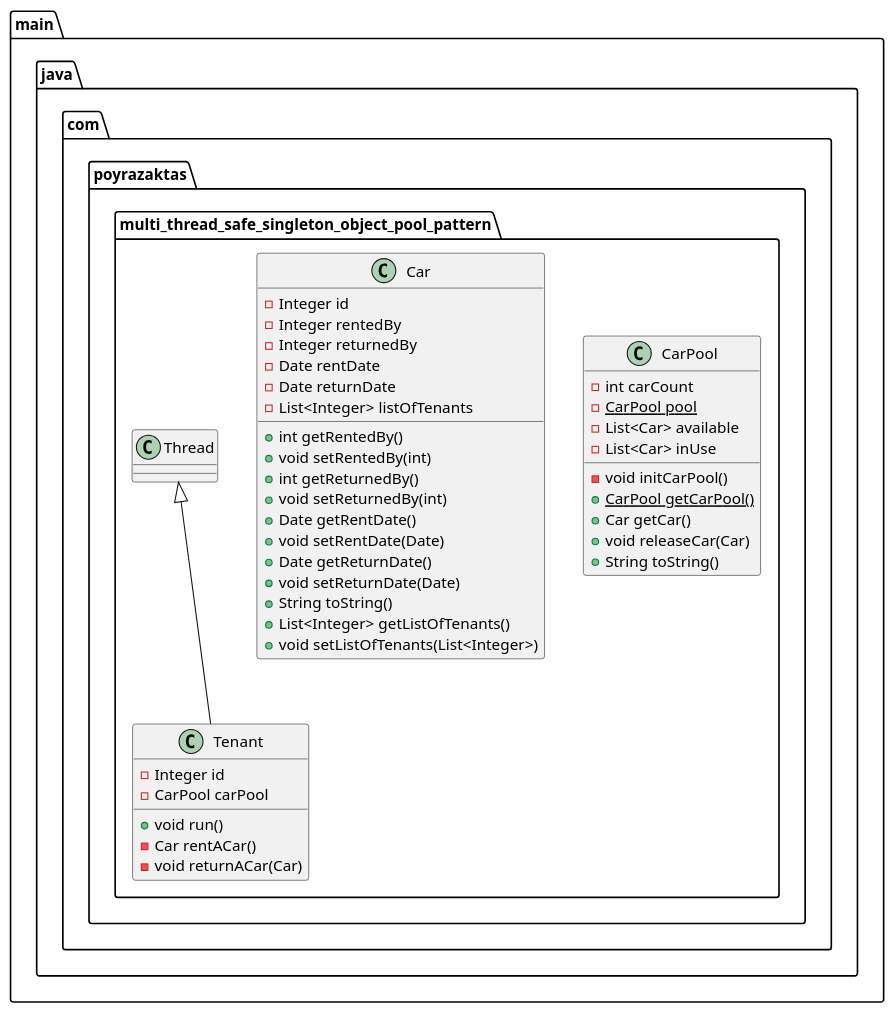
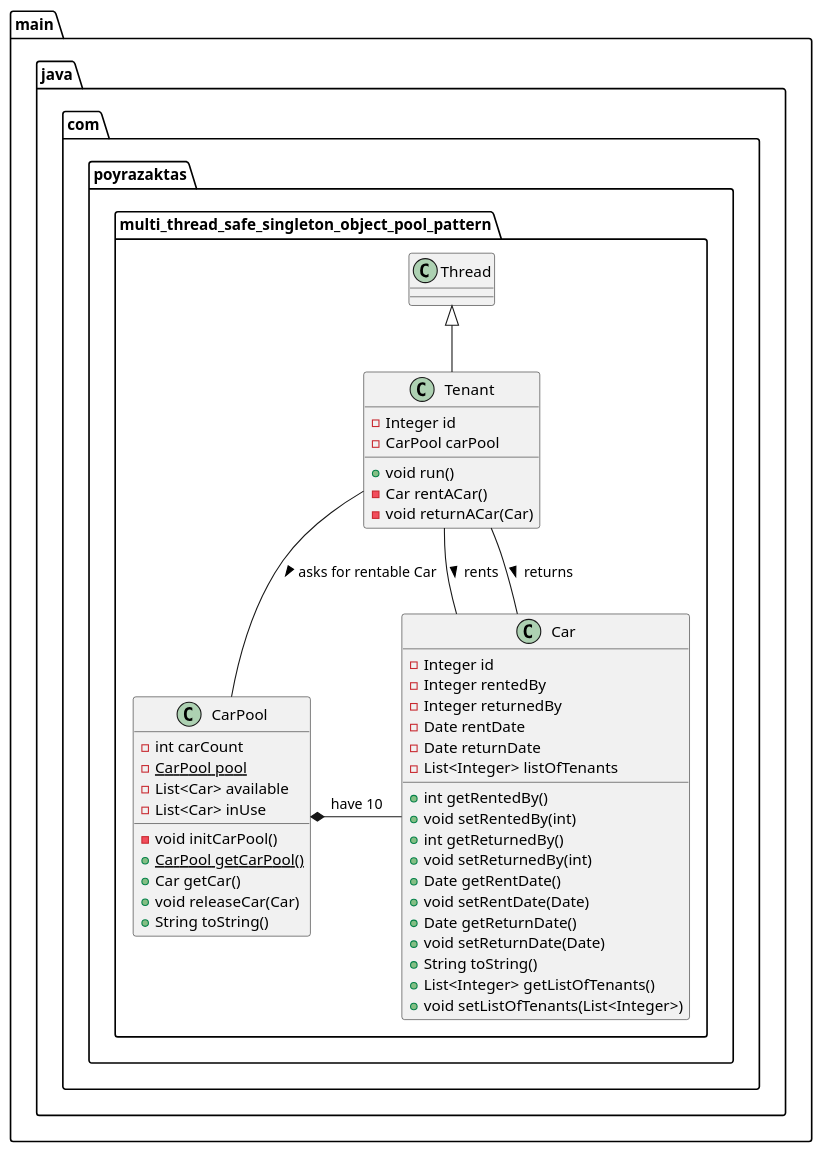
Before and after one commit to poyrazaktas/multi-thread-safe-singleton-object-pool-pattern: the diagram in car-pool-project.puml, drawn with PlantUML. The commit also changed 1 other file, not shown here.

Commit message:
update plantuml

```diff
--- a/car-pool-project.puml
+++ b/car-pool-project.puml
@@ -1,42 +1,49 @@
 @startuml
 class main.java.com.poyrazaktas.multi_thread_safe_singleton_object_pool_pattern.CarPool {
 - int carCount
 - {static} CarPool pool
 - List<Car> available
 - List<Car> inUse
 - void initCarPool()
 + {static} CarPool getCarPool()
 + Car getCar()
 + void releaseCar(Car)
 + String toString()
 }
 class main.java.com.poyrazaktas.multi_thread_safe_singleton_object_pool_pattern.Tenant {
 - Integer id
 - CarPool carPool
 + void run()
 - Car rentACar()
 - void returnACar(Car)
 }
 class main.java.com.poyrazaktas.multi_thread_safe_singleton_object_pool_pattern.Car {
 - Integer id
 - Integer rentedBy
 - Integer returnedBy
 - Date rentDate
 - Date returnDate
 - List<Integer> listOfTenants
 + int getRentedBy()
 + void setRentedBy(int)
 + int getReturnedBy()
 + void setReturnedBy(int)
 + Date getRentDate()
 + void setRentDate(Date)
 + Date getReturnDate()
 + void setReturnDate(Date)
 + String toString()
 + List<Integer> getListOfTenants()
 + void setListOfTenants(List<Integer>)
 }
 
+main.java.com.poyrazaktas.multi_thread_safe_singleton_object_pool_pattern.CarPool *- main.java.com.poyrazaktas.multi_thread_safe_singleton_object_pool_pattern.Car : have 10
+
+main.java.com.poyrazaktas.multi_thread_safe_singleton_object_pool_pattern.Tenant -- main.java.com.poyrazaktas.multi_thread_safe_singleton_object_pool_pattern.CarPool : asks for rentable Car >
+
+main.java.com.poyrazaktas.multi_thread_safe_singleton_object_pool_pattern.Tenant -- main.java.com.poyrazaktas.multi_thread_safe_singleton_object_pool_pattern.Car :  rents  >
+
+main.java.com.poyrazaktas.multi_thread_safe_singleton_object_pool_pattern.Tenant -- main.java.com.poyrazaktas.multi_thread_safe_singleton_object_pool_pattern.Car :  returns  >
 
 main.java.com.poyrazaktas.multi_thread_safe_singleton_object_pool_pattern.Thread <|-- main.java.com.poyrazaktas.multi_thread_safe_singleton_object_pool_pattern.Tenant
 @enduml
```
